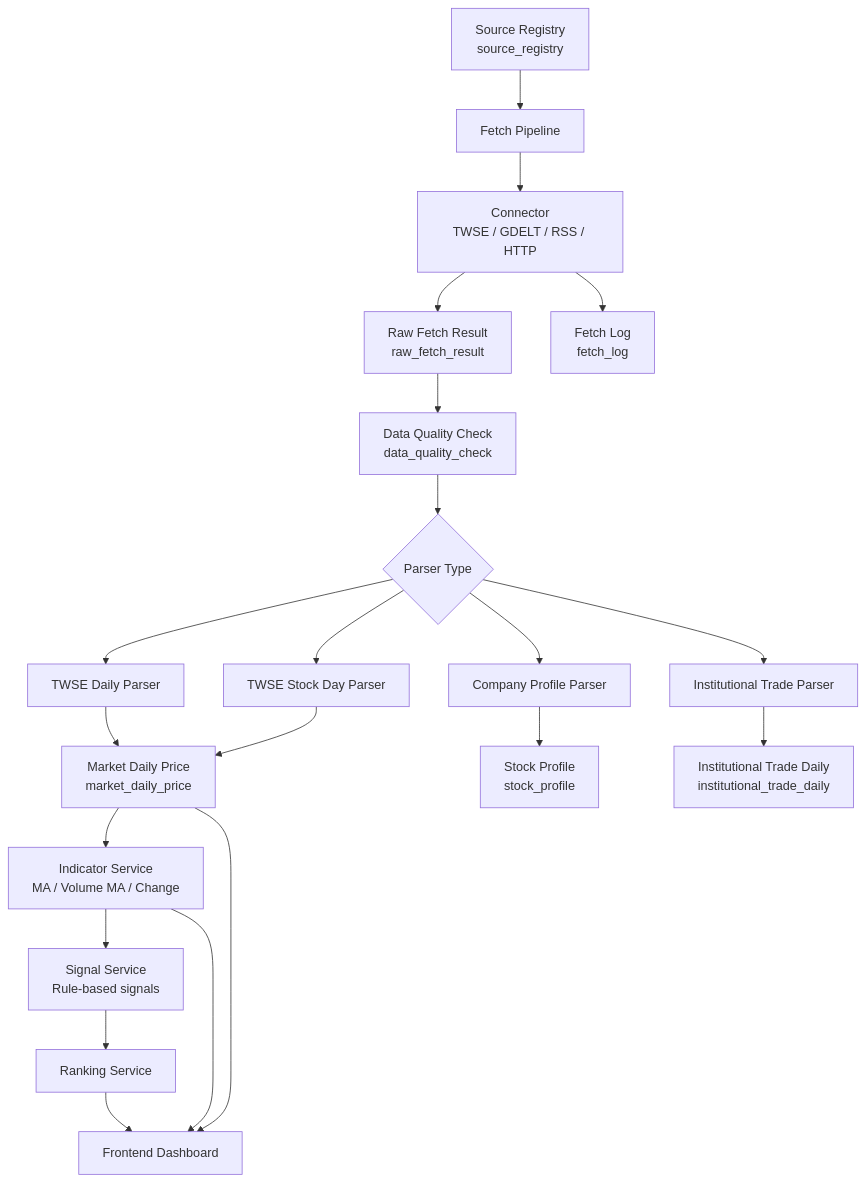
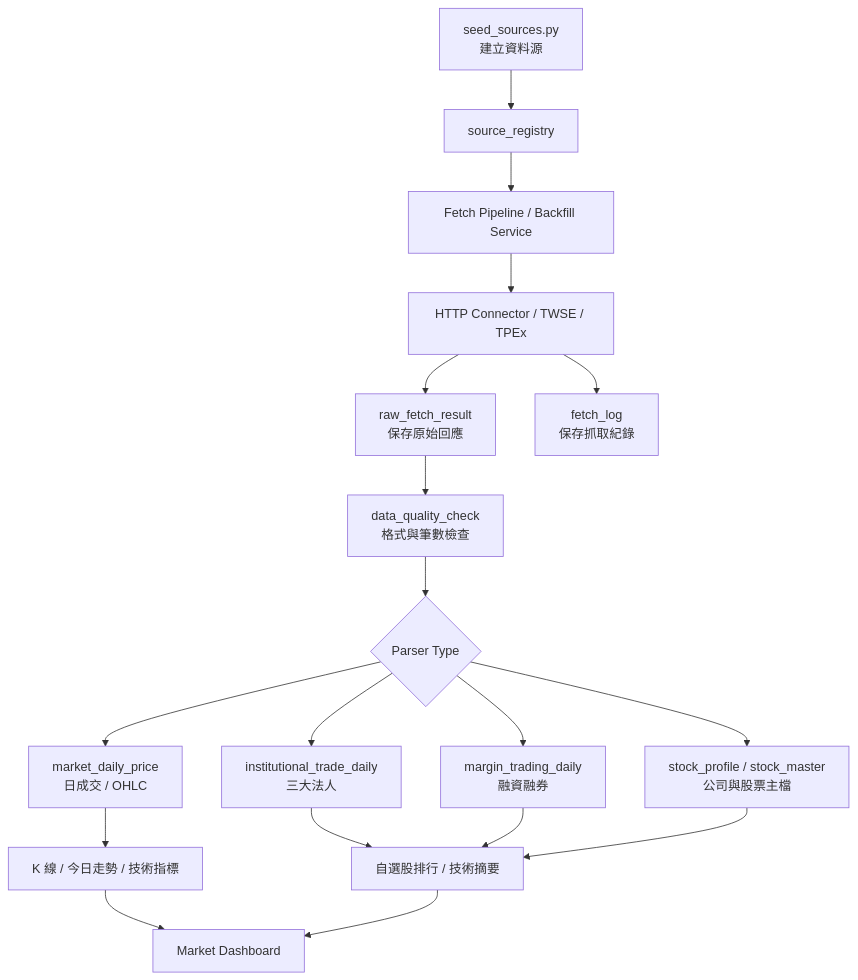
One commit to lulu930128/open-market-intelligence changed the second of 4 diagrams in README.md. Above: the diagram before and after it, drawn with Mermaid. The commit also changed other lines of this file and 11 other files, not shown here.

Commit message:
Update dashboard charts and architecture docs

````diff
--- a/README.md
+++ b/README.md
@@ -83,28 +60,22 @@
 ```mermaid
 flowchart TD
-    sourceRegistry["Source Registry<br/>source_registry"] --> fetchPipeline["Fetch Pipeline"]
-    fetchPipeline --> connector["Connector<br/>TWSE / GDELT / RSS / HTTP"]
-    connector --> rawResult["Raw Fetch Result<br/>raw_fetch_result"]
-    connector --> fetchLog["Fetch Log<br/>fetch_log"]
-
-    rawResult --> quality["Data Quality Check<br/>data_quality_check"]
+    seed["seed_sources.py<br/>建立資料源"] --> source["source_registry"]
+    source --> fetch["Fetch Pipeline / Backfill Service"]
+    fetch --> connector["HTTP Connector / TWSE / TPEx"]
+    connector --> raw["raw_fetch_result<br/>保存原始回應"]
+    connector --> log["fetch_log<br/>保存抓取紀錄"]
+    raw --> quality["data_quality_check<br/>格式與筆數檢查"]
     quality --> parser{"Parser Type"}
 
-    parser --> twseDaily["TWSE Daily Parser"]
-    parser --> twseStockDay["TWSE Stock Day Parser"]
-    parser --> companyProfile["Company Profile Parser"]
-    parser --> institutional["Institutional Trade Parser"]
+    parser --> daily["market_daily_price<br/>日成交 / OHLC"]
+    parser --> inst["institutional_trade_daily<br/>三大法人"]
+    parser --> margin["margin_trading_daily<br/>融資融券"]
+    parser --> profile["stock_profile / stock_master<br/>公司與股票主檔"]
 
-    twseDaily --> marketPrice["Market Daily Price<br/>market_daily_price"]
-    twseStockDay --> marketPrice
-    companyProfile --> stockProfile["Stock Profile<br/>stock_profile"]
-    institutional --> institutionalTable["Institutional Trade Daily<br/>institutional_trade_daily"]
-
-    marketPrice --> indicators["Indicator Service<br/>MA / Volume MA / Change"]
-    indicators --> signals["Signal Service<br/>Rule-based signals"]
-    signals --> ranking["Ranking Service"]
-
-    ranking --> dashboard["Frontend Dashboard"]
-    indicators --> dashboard
-    marketPrice --> dashboard
+    daily --> chart["K 線 / 今日走勢 / 技術指標"]
+    inst --> ranking["自選股排行 / 技術摘要"]
+    margin --> ranking
+    profile --> ranking
+    chart --> dashboard["Market Dashboard"]
+    ranking --> dashboard
 ```
````
